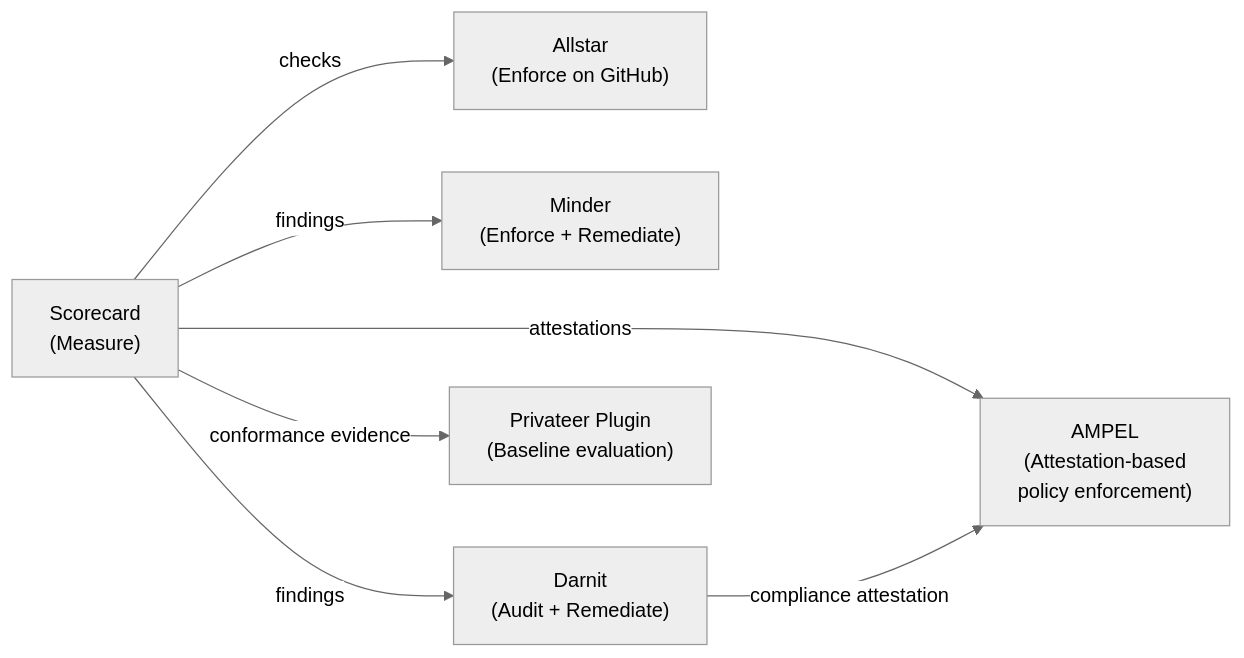
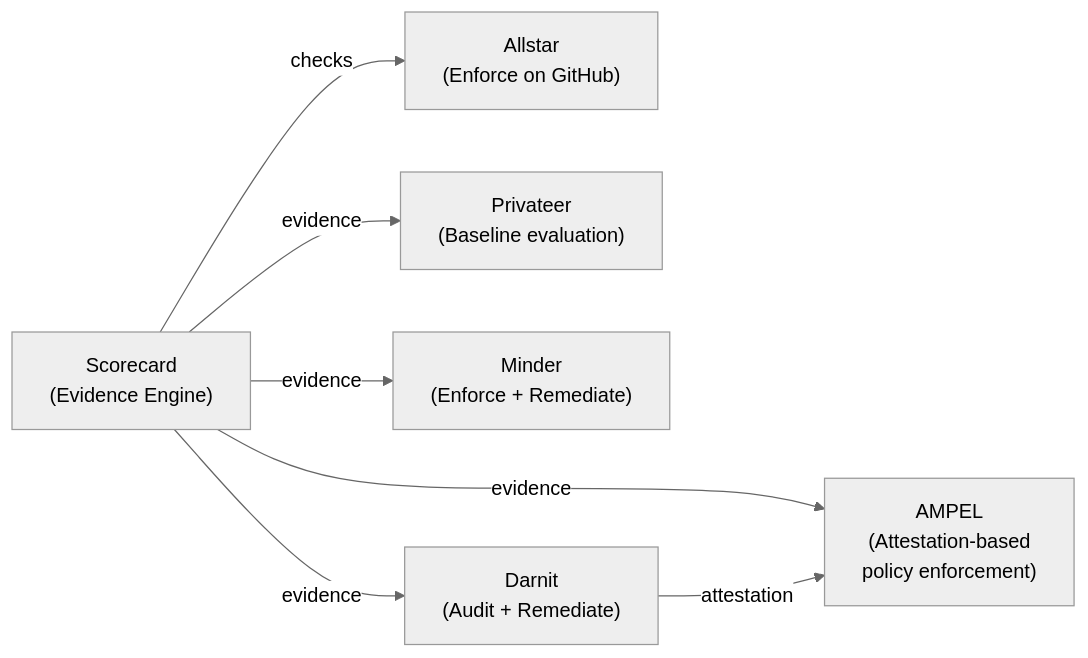
The first of 2 diagrams in openspec/changes/osps-baseline-conformance/proposal.md (ossf/scorecard), drawn with Mermaid (neutral theme) before and after one commit. The commit also changed other lines of this file, not shown here.

First line of the commit message:
:seedling: Revise proposal with evidence engine framing

````diff
--- a/openspec/changes/osps-baseline-conformance/proposal.md
+++ b/openspec/changes/osps-baseline-conformance/proposal.md
@@ -48,9 +62,9 @@
 ```mermaid
 flowchart LR
-    Scorecard["Scorecard<br/>(Measure)"] -->|checks| Allstar["Allstar<br/>(Enforce on GitHub)"]
-    Scorecard -->|findings| Minder["Minder<br/>(Enforce + Remediate)"]
-    Scorecard -->|attestations| AMPEL["AMPEL<br/>(Attestation-based<br/>policy enforcement)"]
-    Scorecard -->|findings| Darnit["Darnit<br/>(Audit + Remediate)"]
-    Darnit -->|compliance attestation| AMPEL
-    Scorecard -->|conformance evidence| Privateer["Privateer Plugin<br/>(Baseline evaluation)"]
+    Scorecard["Scorecard<br/>(Evidence Engine)"] -->|checks| Allstar["Allstar<br/>(Enforce on GitHub)"]
+    Scorecard -->|evidence| Privateer["Privateer<br/>(Baseline evaluation)"]
+    Scorecard -->|evidence| Minder["Minder<br/>(Enforce + Remediate)"]
+    Scorecard -->|evidence| AMPEL["AMPEL<br/>(Attestation-based<br/>policy enforcement)"]
+    Scorecard -->|evidence| Darnit["Darnit<br/>(Audit + Remediate)"]
+    Darnit -->|attestation| AMPEL
 ```
````
